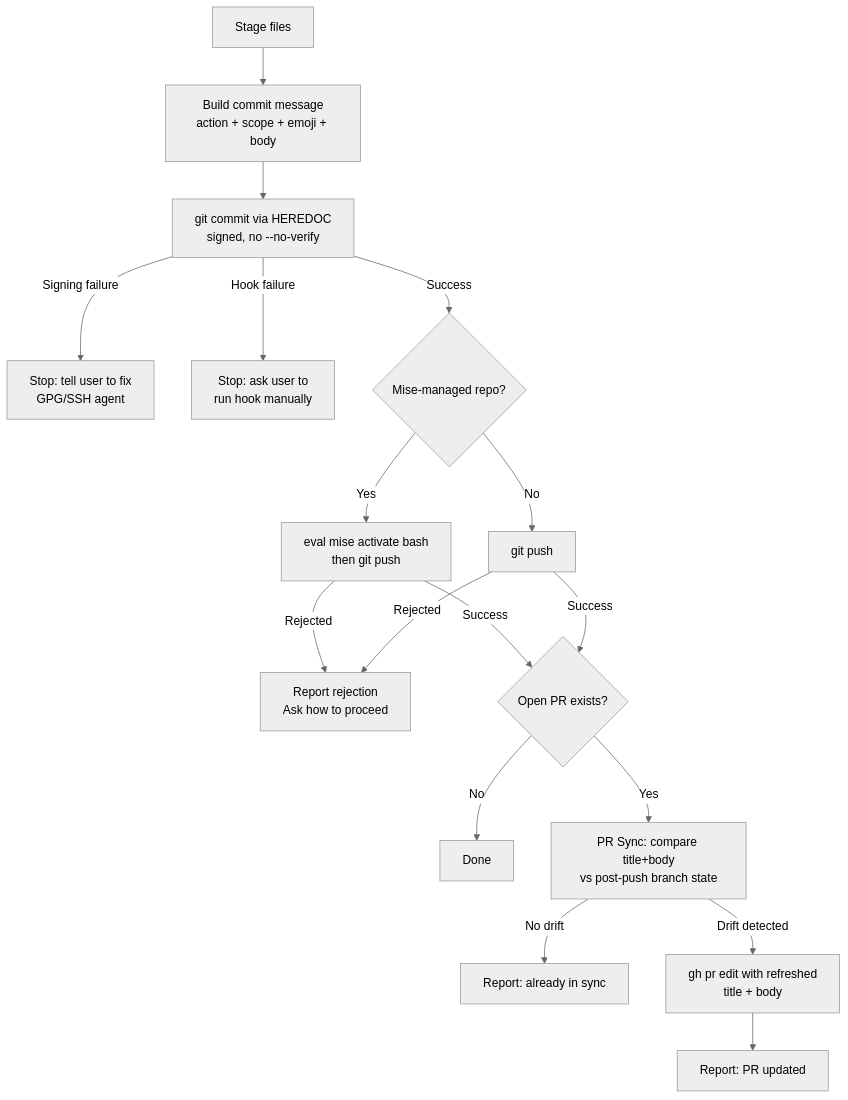
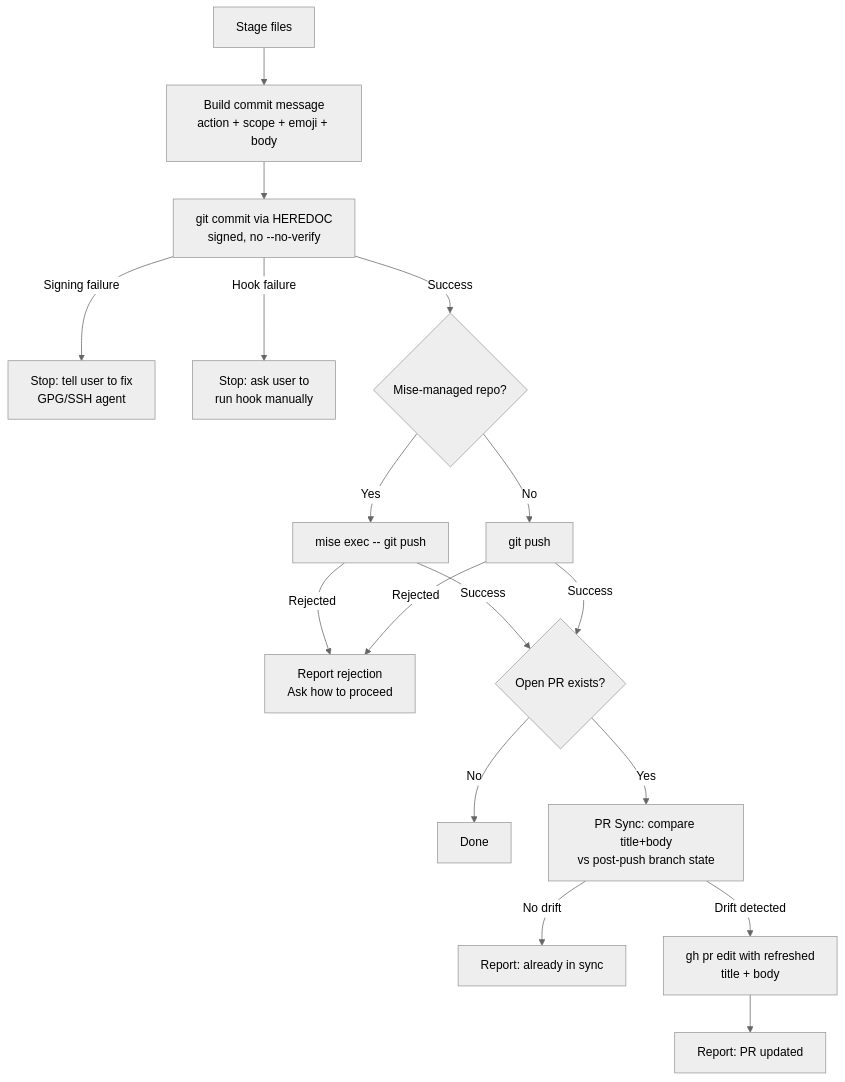
One commit to whizzzkid/skills changed the diagram in skills/commit/README.md. Above: the diagram before and after it, drawn with Mermaid (neutral theme). The commit also changed other lines of this file and 3 other files, not shown here.

````diff
--- a/skills/commit/README.md
+++ b/skills/commit/README.md
@@ -16,17 +16,17 @@
 ```mermaid
 flowchart TD
     A[Stage files] --> B[Build commit message<br/>action + scope + emoji + body]
     B --> C[git commit via HEREDOC<br/>signed, no --no-verify]
     C -->|Signing failure| D[Stop: tell user to fix<br/>GPG/SSH agent]
     C -->|Hook failure| E[Stop: ask user to<br/>run hook manually]
     C -->|Success| F{Mise-managed repo?}
-    F -->|Yes| G[eval mise activate bash<br/>then git push]
+    F -->|Yes| G[mise exec -- git push]
     F -->|No| H[git push]
     G & H -->|Rejected| I[Report rejection<br/>Ask how to proceed]
     G & H -->|Success| J{Open PR exists?}
     J -->|No| K[Done]
     J -->|Yes| L[PR Sync: compare title+body<br/>vs post-push branch state]
     L -->|No drift| M[Report: already in sync]
     L -->|Drift detected| N[gh pr edit with refreshed<br/>title + body]
     N --> O[Report: PR updated]
 ```
````
